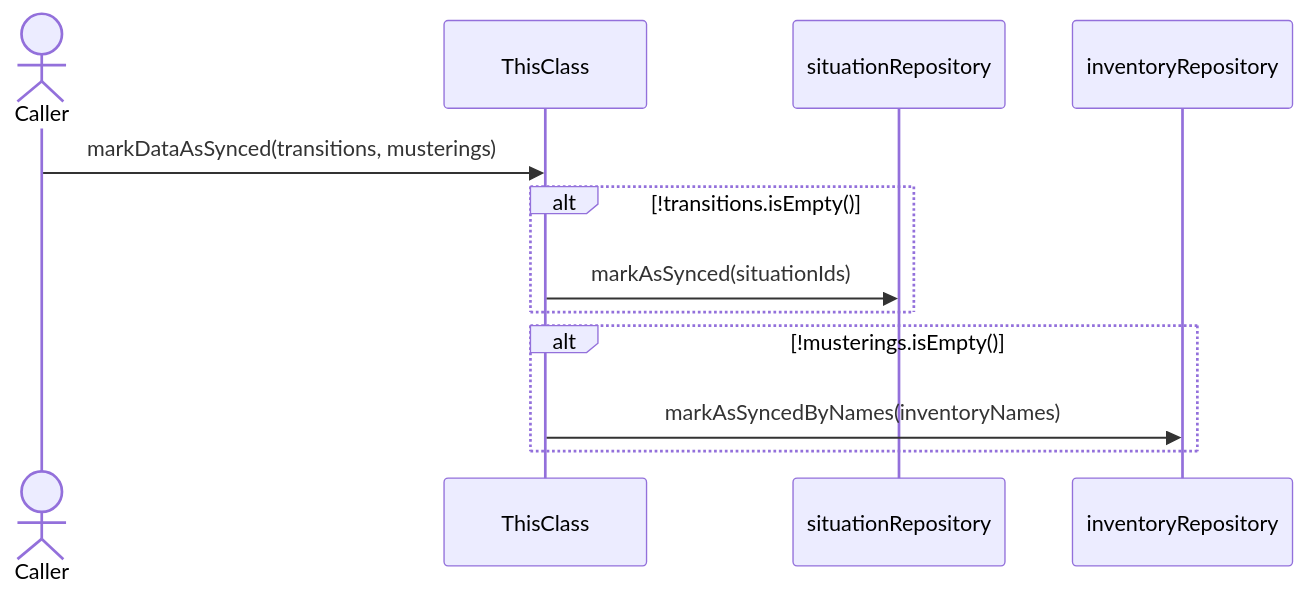
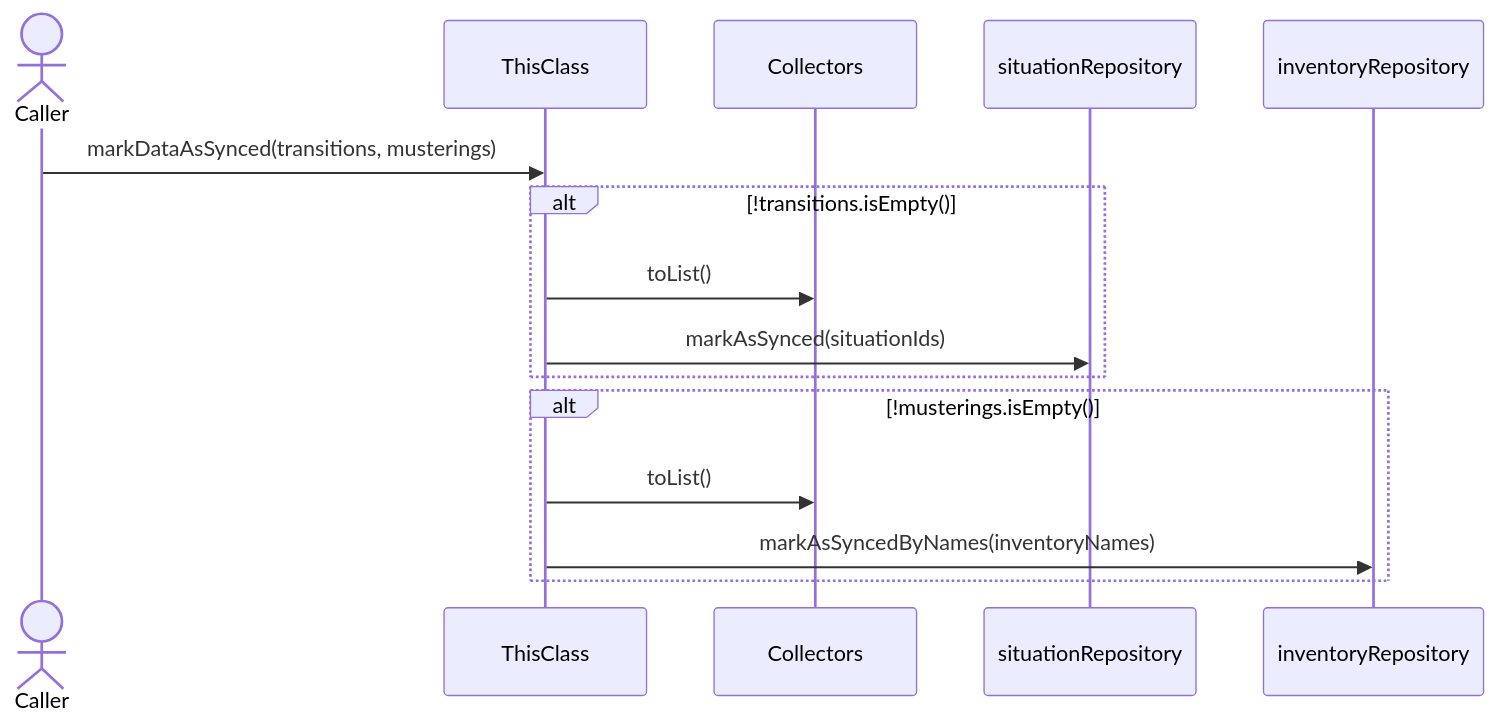
Diagram 16 of 16 in docs/CloudSyncUploadService.md (FelipeMCassiano/geanky), drawn with Mermaid before and after one commit. The commit also changed other lines of this file and 18 other files, not shown here.

````diff
--- a/docs/CloudSyncUploadService.md
+++ b/docs/CloudSyncUploadService.md
@@ -972,16 +1077,19 @@
 ```mermaid
 sequenceDiagram
     actor Caller
     participant ThisClass
 
     Caller->>ThisClass: markDataAsSynced(transitions, musterings)
     alt !transitions.isEmpty()
+    participant Collectors
+    ThisClass->>Collectors: toList()
     participant situationRepository
     ThisClass->>situationRepository: markAsSynced(situationIds)
     end
     alt !musterings.isEmpty()
+    ThisClass->>Collectors: toList()
     participant inventoryRepository
     ThisClass->>inventoryRepository: markAsSyncedByNames(inventoryNames)
     end
 
 ```
````
